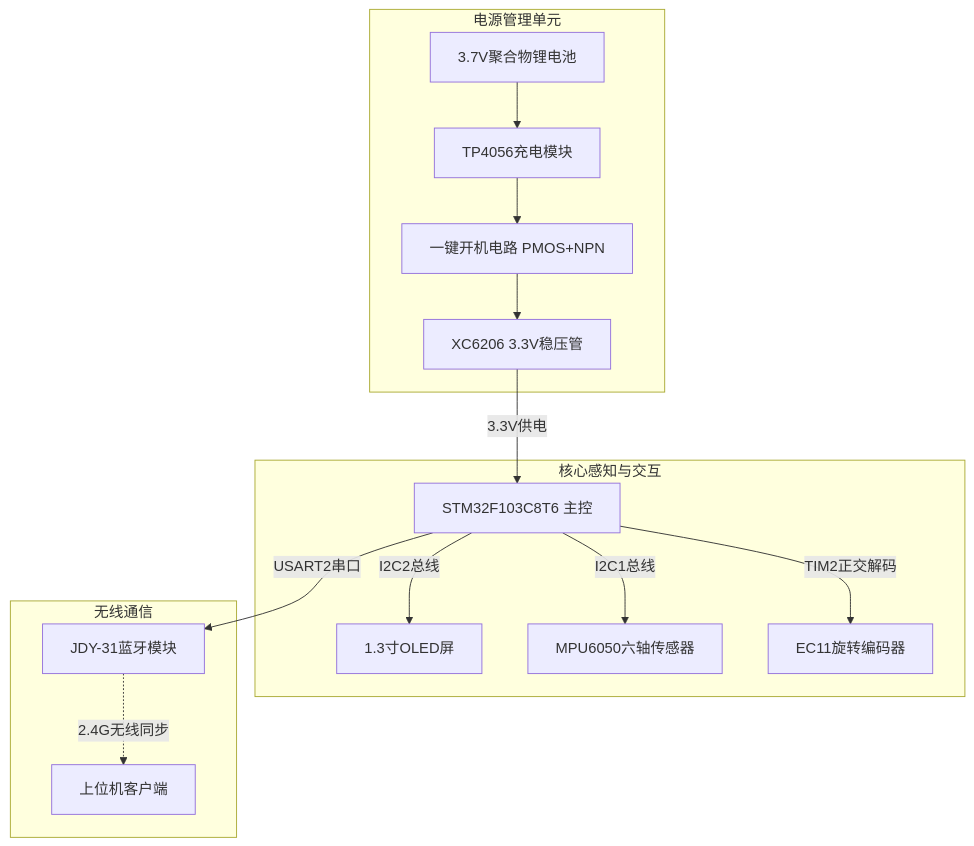
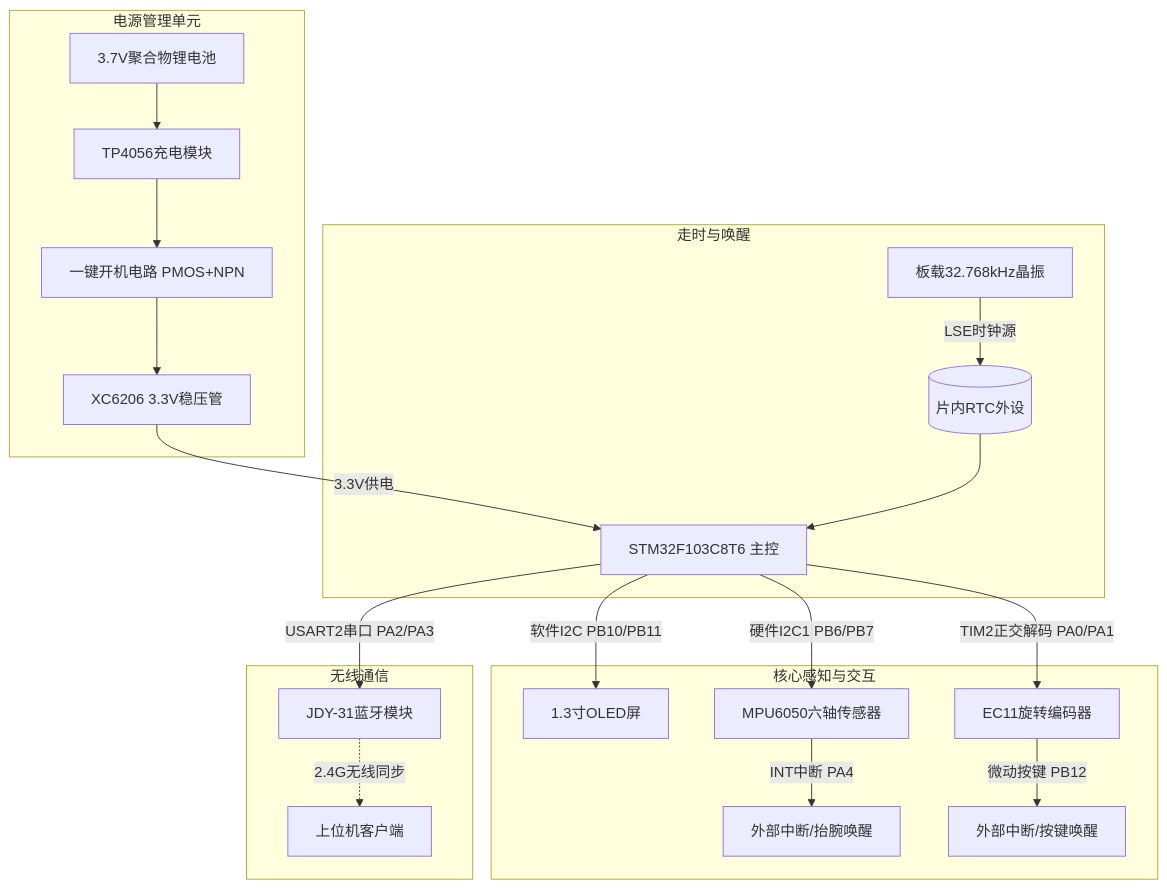
One commit to YJQ486/course-project changed the first of 2 diagrams in Docs/系统设计文档.md. Above: the diagram before and after it, drawn with Mermaid. The commit also changed other lines of this file and 1 other file, not shown here.

````diff
--- a/Docs/系统设计文档.md
+++ b/Docs/系统设计文档.md
@@ -25,21 +29,28 @@
 ```mermaid
 graph TD
     subgraph 电源管理单元
     Battery[3.7V聚合物锂电池] --> TP4056[TP4056充电模块]
     TP4056 --> Boot[一键开机电路 PMOS+NPN]
     Boot --> LDO[XC6206 3.3V稳压管]
     end
 
     LDO -->|3.3V供电| STM32[STM32F103C8T6 主控]
 
+    subgraph 走时与唤醒
+    LSE[板载32.768kHz晶振] -->|LSE时钟源| RTC[(片内RTC外设)]
+    RTC --> STM32
+    end
+
     subgraph 核心感知与交互
-    STM32 -- I2C2总线 --> OLED[1.3寸OLED屏]
-    STM32 -- I2C1总线 --> MPU6050[MPU6050六轴传感器]
-    STM32 -- TIM2正交解码 --> EC11[EC11旋转编码器]
+    STM32 -- 软件I2C PB10/PB11 --> OLED[1.3寸OLED屏]
+    STM32 -- 硬件I2C1 PB6/PB7 --> MPU6050[MPU6050六轴传感器]
+    MPU6050 -- INT中断 PA4 --> EXTI[外部中断/抬腕唤醒]
+    STM32 -- TIM2正交解码 PA0/PA1 --> EC11[EC11旋转编码器]
+    EC11 -- 微动按键 PB12 --> EXTI2[外部中断/按键唤醒]
     end
 
     subgraph 无线通信
-    STM32 -- USART2串口 --> JDY31[JDY-31蓝牙模块]
+    STM32 -- USART2串口 PA2/PA3 --> JDY31[JDY-31蓝牙模块]
     JDY31 -.-> |2.4G无线同步| PC[上位机客户端]
     end
 ```
````
